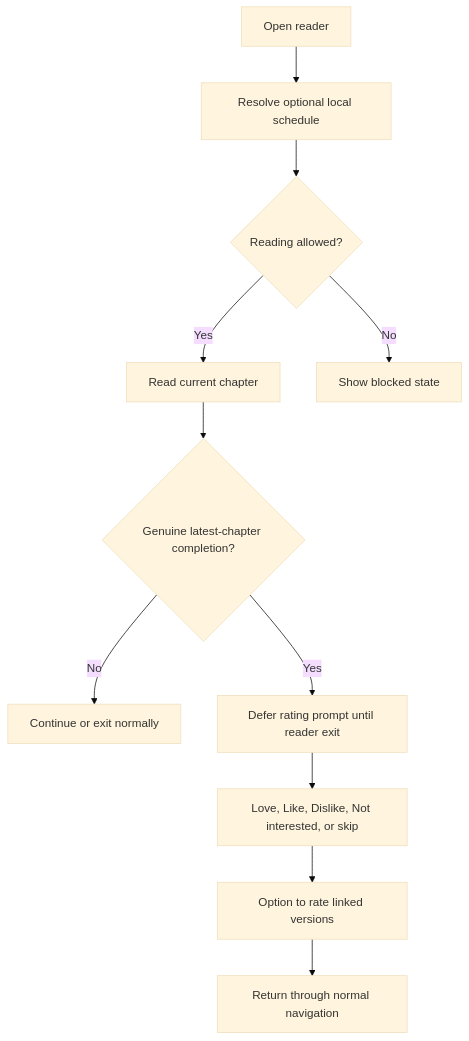
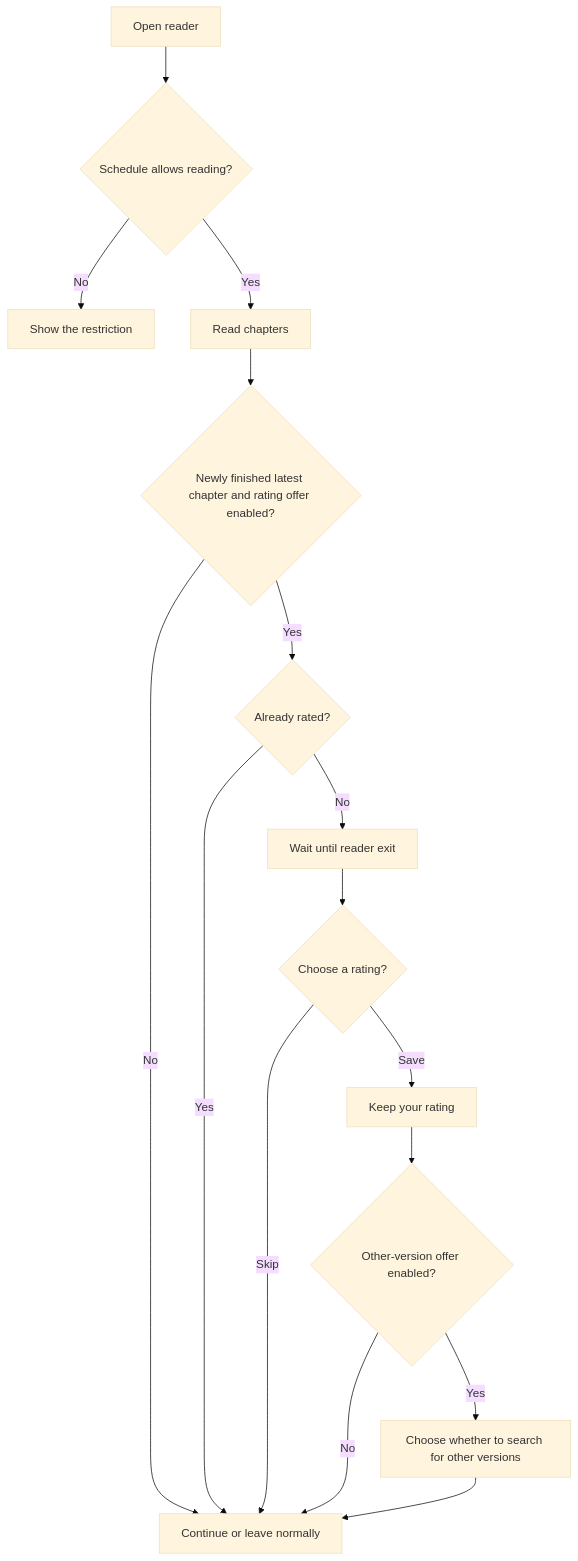
One commit to FancyCorey/komikku-fc changed the fifth of 6 diagrams in docs/kmk/how-kmk-works.md. Above: the diagram before and after it, drawn with Mermaid (base theme). The commit also changed other lines of this file and 16 other files, not shown here.

````diff
--- a/docs/kmk/how-kmk-works.md
+++ b/docs/kmk/how-kmk-works.md
@@ -88,13 +83,18 @@
 ```mermaid
 flowchart TD
-    Open["Open reader"] --> Resolve["Resolve optional local schedule"]
-    Resolve --> Allowed{"Reading allowed?"}
-    Allowed -->|Yes| Read["Read current chapter"]
-    Allowed -->|No| Block["Show blocked state"]
-    Read --> Complete{"Genuine latest-chapter completion?"}
-    Complete -->|No| Continue["Continue or exit normally"]
-    Complete -->|Yes| Defer["Defer rating prompt until reader exit"]
-    Defer --> Choice["Love, Like, Dislike, Not interested, or skip"]
-    Choice --> Offer["Option to rate linked versions"]
-    Offer --> Exit["Return through normal navigation"]
+    Open["Open reader"] --> Allowed{"Schedule allows reading?"}
+    Allowed -->|No| Block["Show the restriction"]
+    Allowed -->|Yes| Read["Read chapters"]
+    Read --> Complete{"Newly finished latest chapter and rating offer enabled?"}
+    Complete -->|No| Exit["Continue or leave normally"]
+    Complete -->|Yes| Rated{"Already rated?"}
+    Rated -->|Yes| Exit
+    Rated -->|No| Leave["Wait until reader exit"]
+    Leave --> Choice{"Choose a rating?"}
+    Choice -->|Skip| Exit
+    Choice -->|Save| Saved["Keep your rating"]
+    Saved --> Offer{"Other-version offer enabled?"}
+    Offer -->|No| Exit
+    Offer -->|Yes| More["Choose whether to search for other versions"]
+    More --> Exit
 ```
````
